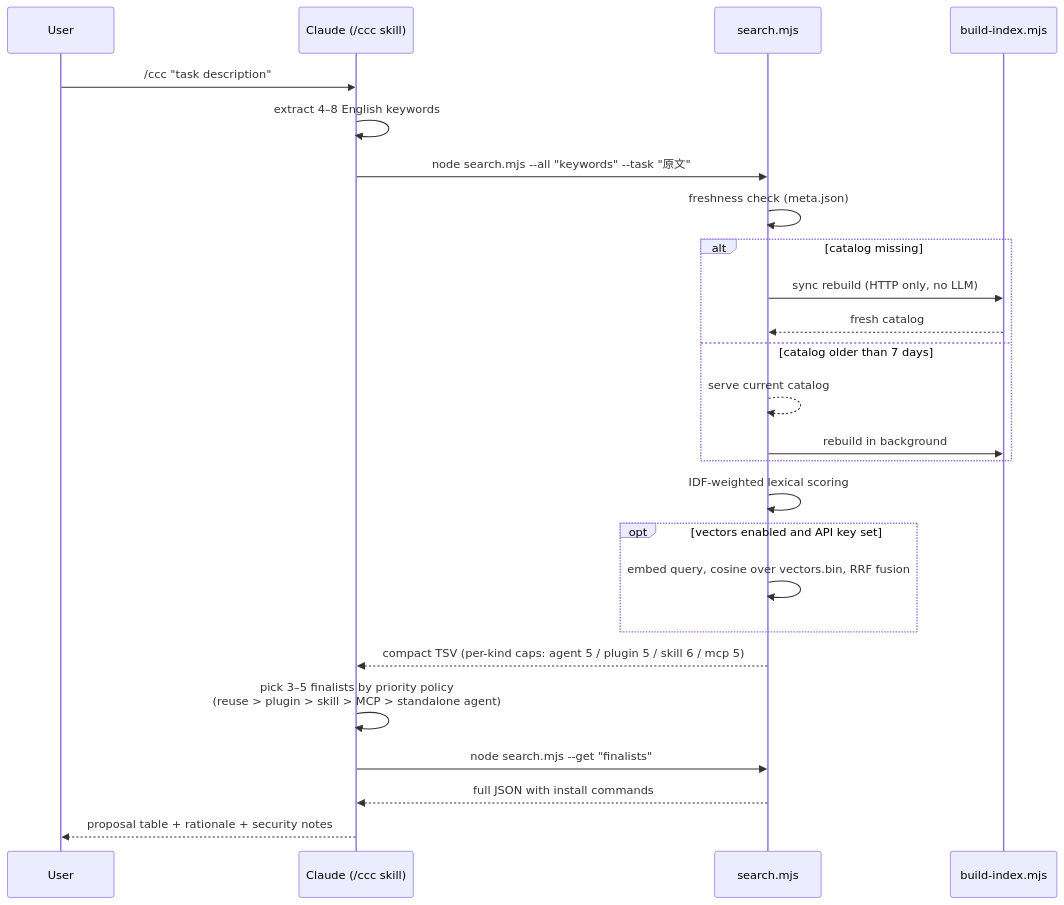
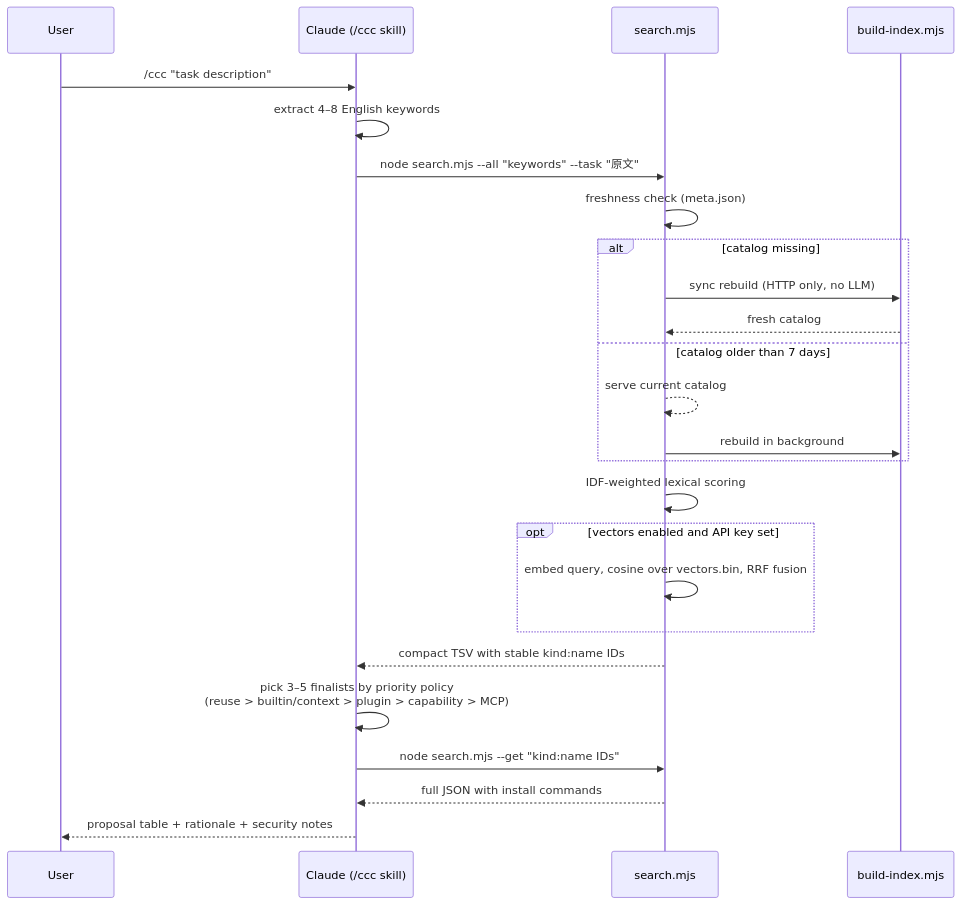
The second of 2 diagrams in README.md (happygoluckydev/c3), drawn with Mermaid before and after one commit. The commit also changed other lines of this file and 3 other files, not shown here.

````diff
--- a/README.md
+++ b/README.md
@@ -75,28 +76,28 @@
 ```mermaid
 sequenceDiagram
     participant U as User
     participant C as Claude (/ccc skill)
     participant S as search.mjs
     participant B as build-index.mjs
 
     U->>C: /ccc "task description"
     C->>C: extract 4–8 English keywords
     C->>S: node search.mjs --all "keywords" --task "原文"
     S->>S: freshness check (meta.json)
     alt catalog missing
         S->>B: sync rebuild (HTTP only, no LLM)
         B-->>S: fresh catalog
     else catalog older than 7 days
         S-->>S: serve current catalog
         S->>B: rebuild in background
     end
     S->>S: IDF-weighted lexical scoring
     opt vectors enabled and API key set
         S->>S: embed query, cosine over vectors.bin, RRF fusion
     end
-    S-->>C: compact TSV (per-kind caps: agent 5 / plugin 5 / skill 6 / mcp 5)
-    C->>C: pick 3–5 finalists by priority policy<br/>(reuse > plugin > skill > MCP > standalone agent)
-    C->>S: node search.mjs --get "finalists"
+    S-->>C: compact TSV with stable kind:name IDs
+    C->>C: pick 3–5 finalists by priority policy<br/>(reuse > builtin/context > plugin > capability > MCP)
+    C->>S: node search.mjs --get "kind:name IDs"
     S-->>C: full JSON with install commands
     C-->>U: proposal table + rationale + security notes
 ```
````
